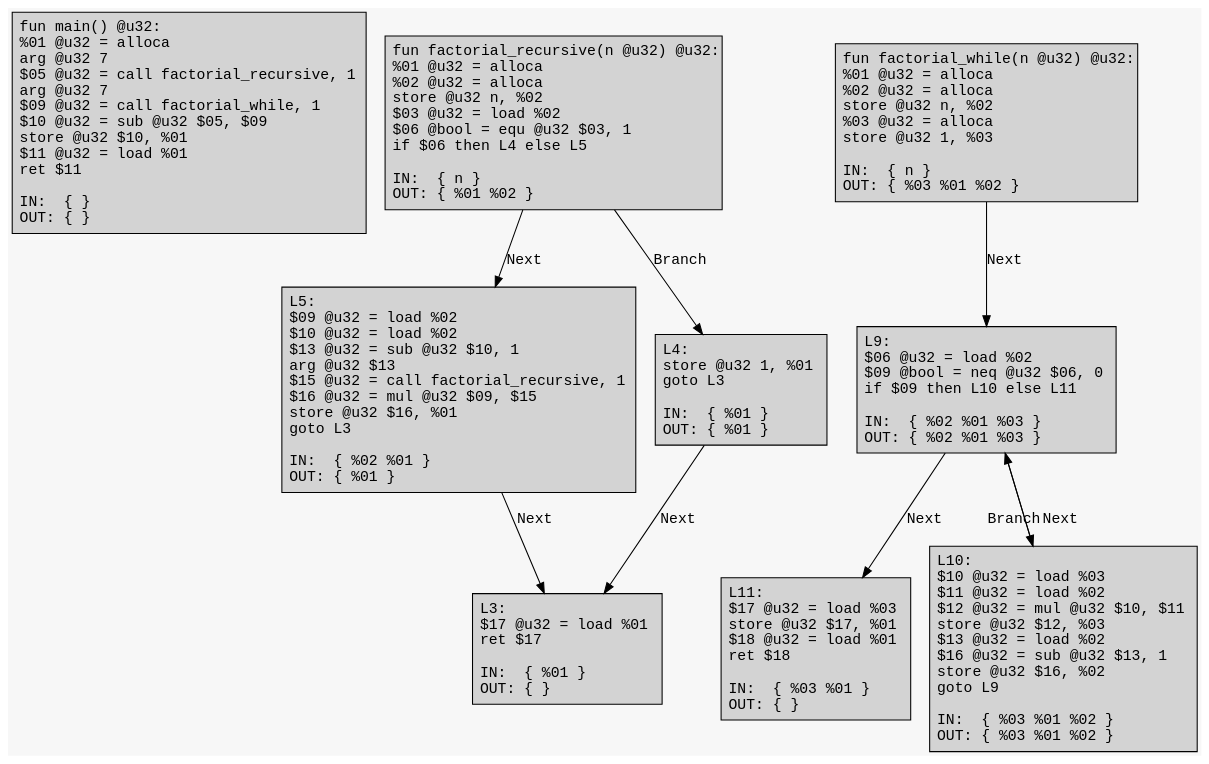
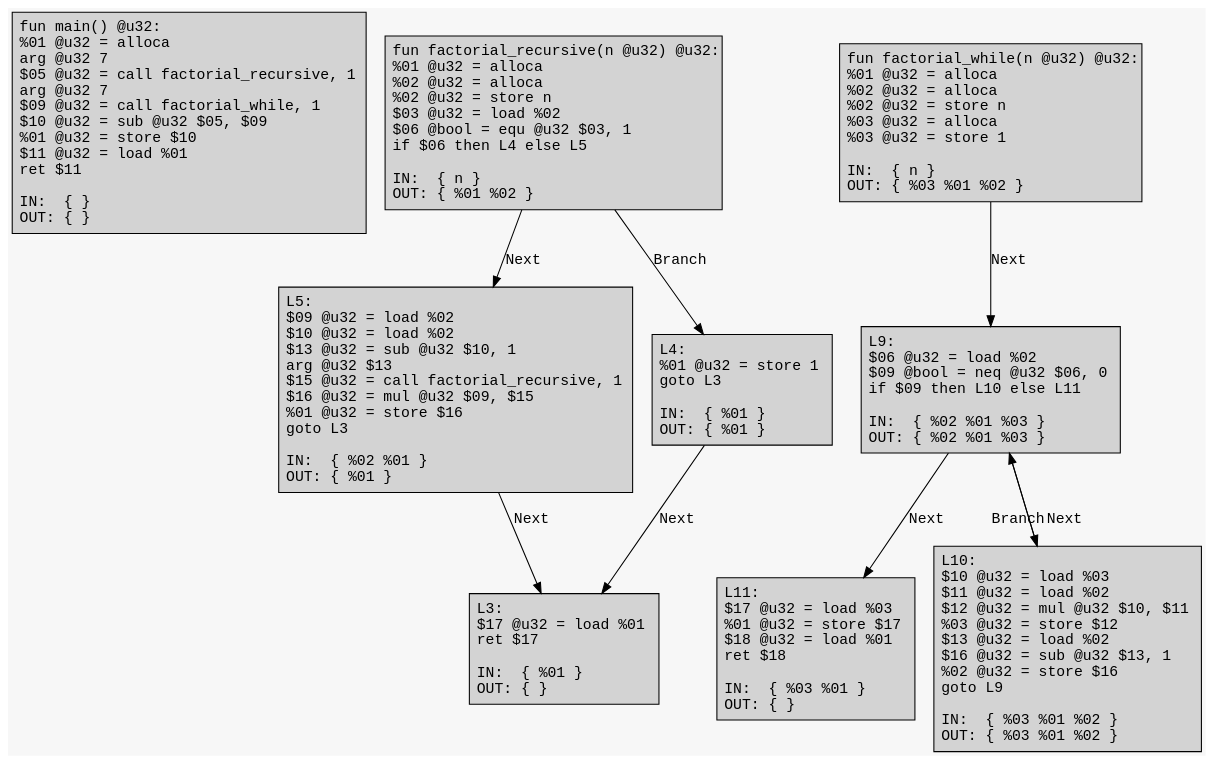
The diagram in example/factorial/factorial.dot (ArkoiSystems/arkoi_language), drawn with Graphviz before and after one commit. The commit also changed 12 other files, not shown here.

```diff
--- a/example/factorial/factorial.dot
+++ b/example/factorial/factorial.dot
@@ -1,25 +1,25 @@
 digraph CFG {
 	graph [fontname = "Monospace"];
 	node  [fontname = "Monospace", shape=box, style=filled, margin=0.1];
 	edge  [fontname = "Monospace"];
 	bgcolor = "#f7f7f7";
 	splines = false;
 
-	L0 [label="fun main() @u32:\l %01 @u32 = alloca\l arg @u32 7\l $05 @u32 = call factorial_recursive, 1\l arg @u32 7\l $09 @u32 = call factorial_while, 1\l $10 @u32 = sub @u32 $05, $09\l store @u32 $10, %01\l $11 @u32 = load %01\l ret $11\l\lIN:  { }\lOUT: { }\l"];
-	L2 [label="fun factorial_recursive(n @u32) @u32:\l %01 @u32 = alloca\l %02 @u32 = alloca\l store @u32 n, %02\l $03 @u32 = load %02\l $06 @bool = equ @u32 $03, 1\l if $06 then L4 else L5\l\lIN:  { n }\lOUT: { %01 %02 }\l"];
+	L0 [label="fun main() @u32:\l %01 @u32 = alloca\l arg @u32 7\l $05 @u32 = call factorial_recursive, 1\l arg @u32 7\l $09 @u32 = call factorial_while, 1\l $10 @u32 = sub @u32 $05, $09\l %01 @u32 = store $10\l $11 @u32 = load %01\l ret $11\l\lIN:  { }\lOUT: { }\l"];
+	L2 [label="fun factorial_recursive(n @u32) @u32:\l %01 @u32 = alloca\l %02 @u32 = alloca\l %02 @u32 = store n\l $03 @u32 = load %02\l $06 @bool = equ @u32 $03, 1\l if $06 then L4 else L5\l\lIN:  { n }\lOUT: { %01 %02 }\l"];
 	L2 -> L5 [label="Next"];
 	L2 -> L4 [label="Branch"];
-	L5 [label="L5:\l $09 @u32 = load %02\l $10 @u32 = load %02\l $13 @u32 = sub @u32 $10, 1\l arg @u32 $13\l $15 @u32 = call factorial_recursive, 1\l $16 @u32 = mul @u32 $09, $15\l store @u32 $16, %01\l goto L3\l\lIN:  { %02 %01 }\lOUT: { %01 }\l"];
+	L4 [label="L4:\l %01 @u32 = store 1\l goto L3\l\lIN:  { %01 }\lOUT: { %01 }\l"];
+	L4 -> L3 [label="Next"];
+	L5 [label="L5:\l $09 @u32 = load %02\l $10 @u32 = load %02\l $13 @u32 = sub @u32 $10, 1\l arg @u32 $13\l $15 @u32 = call factorial_recursive, 1\l $16 @u32 = mul @u32 $09, $15\l %01 @u32 = store $16\l goto L3\l\lIN:  { %02 %01 }\lOUT: { %01 }\l"];
 	L5 -> L3 [label="Next"];
-	L4 [label="L4:\l store @u32 1, %01\l goto L3\l\lIN:  { %01 }\lOUT: { %01 }\l"];
-	L4 -> L3 [label="Next"];
 	L3 [label="L3:\l $17 @u32 = load %01\l ret $17\l\lIN:  { %01 }\lOUT: { }\l"];
-	L7 [label="fun factorial_while(n @u32) @u32:\l %01 @u32 = alloca\l %02 @u32 = alloca\l store @u32 n, %02\l %03 @u32 = alloca\l store @u32 1, %03\l\lIN:  { n }\lOUT: { %03 %01 %02 }\l"];
+	L7 [label="fun factorial_while(n @u32) @u32:\l %01 @u32 = alloca\l %02 @u32 = alloca\l %02 @u32 = store n\l %03 @u32 = alloca\l %03 @u32 = store 1\l\lIN:  { n }\lOUT: { %03 %01 %02 }\l"];
 	L7 -> L9 [label="Next"];
 	L9 [label="L9:\l $06 @u32 = load %02\l $09 @bool = neq @u32 $06, 0\l if $09 then L10 else L11\l\lIN:  { %02 %01 %03 }\lOUT: { %02 %01 %03 }\l"];
 	L9 -> L11 [label="Next"];
 	L9 -> L10 [label="Branch"];
-	L10 [label="L10:\l $10 @u32 = load %03\l $11 @u32 = load %02\l $12 @u32 = mul @u32 $10, $11\l store @u32 $12, %03\l $13 @u32 = load %02\l $16 @u32 = sub @u32 $13, 1\l store @u32 $16, %02\l goto L9\l\lIN:  { %03 %01 %02 }\lOUT: { %03 %01 %02 }\l"];
+	L10 [label="L10:\l $10 @u32 = load %03\l $11 @u32 = load %02\l $12 @u32 = mul @u32 $10, $11\l %03 @u32 = store $12\l $13 @u32 = load %02\l $16 @u32 = sub @u32 $13, 1\l %02 @u32 = store $16\l goto L9\l\lIN:  { %03 %01 %02 }\lOUT: { %03 %01 %02 }\l"];
 	L10 -> L9 [label="Next"];
-	L11 [label="L11:\l $17 @u32 = load %03\l store @u32 $17, %01\l $18 @u32 = load %01\l ret $18\l\lIN:  { %03 %01 }\lOUT: { }\l"];
+	L11 [label="L11:\l $17 @u32 = load %03\l %01 @u32 = store $17\l $18 @u32 = load %01\l ret $18\l\lIN:  { %03 %01 }\lOUT: { }\l"];
 }
```
